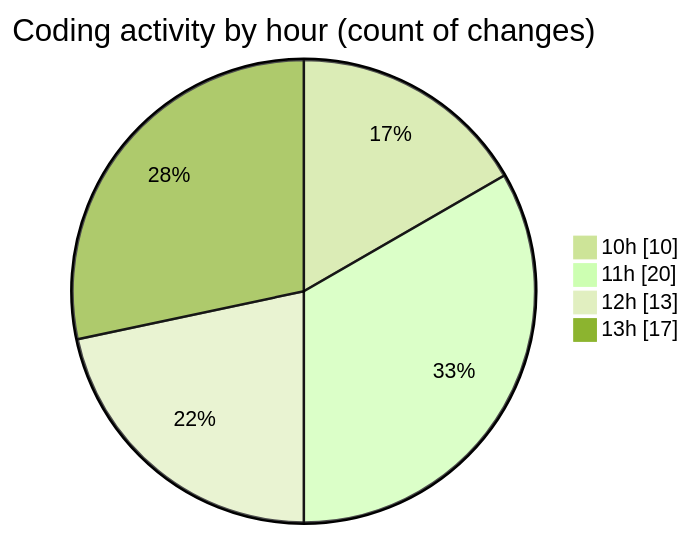
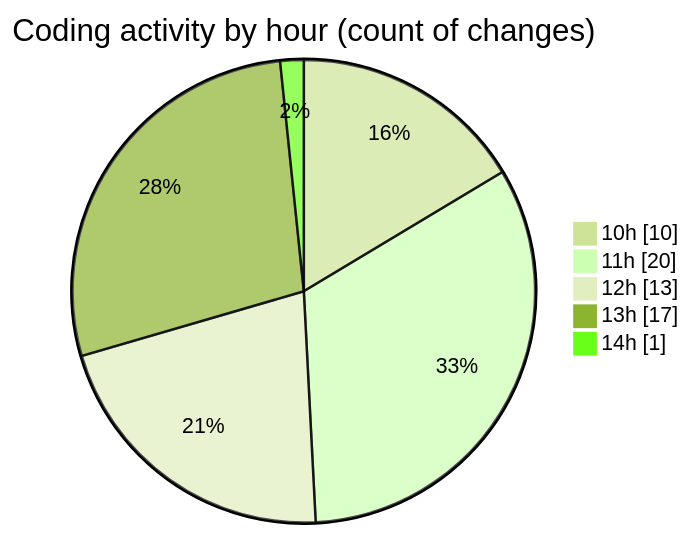
One commit to BS-eng2023/code-tracking changed the second of 2 diagrams in 2025-03-31/jsvms/README.md. Above: the diagram before and after it, drawn with Mermaid (forest theme). The commit also changed other lines of this file and 1 other file, not shown here.

````diff
--- a/2025-03-31/jsvms/README.md
+++ b/2025-03-31/jsvms/README.md
@@ -49,8 +50,9 @@
 ```mermaid
 pie showData
 title Coding activity by hour (count of changes)
 "10h" : 10
 "11h" : 20
 "12h" : 13
 "13h" : 17
+"14h" : 1
 ```
````
